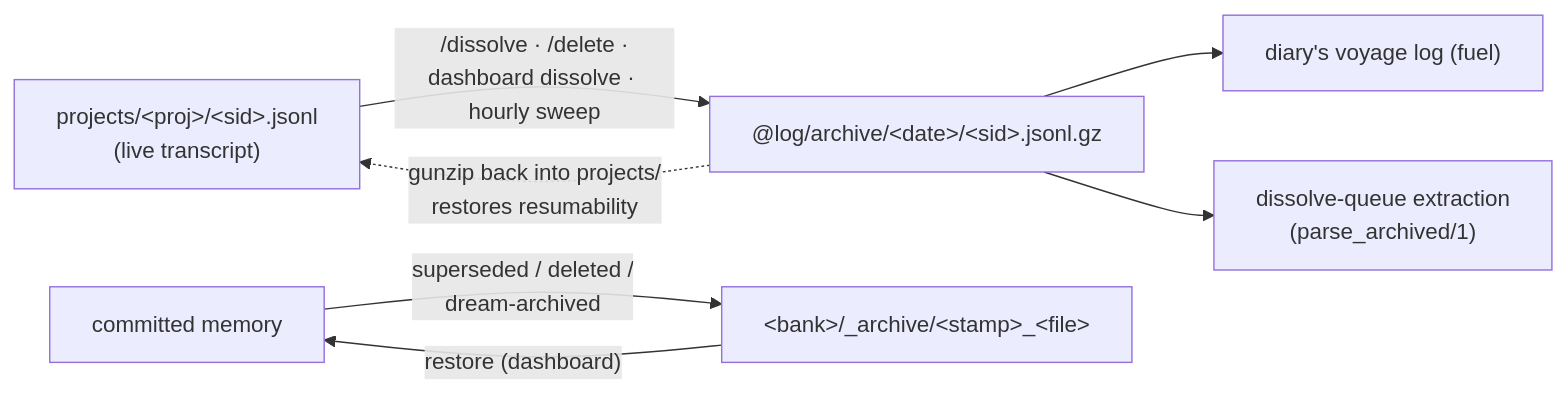
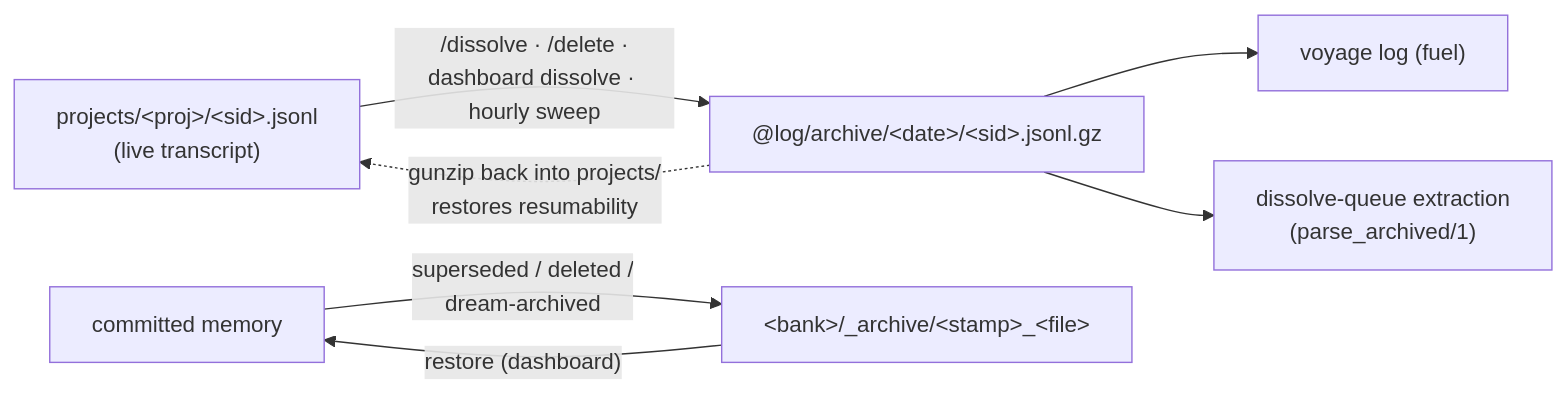
One commit to jgeschwendt/.claude changed the eighth of 8 diagrams in @apps/web/lib/core/memory.md. Above: the diagram before and after it, drawn with Mermaid. The commit also changed other lines of this file and 20 other files, not shown here.

````diff
--- a/@apps/web/lib/core/memory.md
+++ b/@apps/web/lib/core/memory.md
@@ -343,9 +343,9 @@
 ```mermaid
 flowchart LR
     T["projects/&lt;proj&gt;/&lt;sid&gt;.jsonl<br/>(live transcript)"] -->|"/dissolve · /delete ·<br/>dashboard dissolve · hourly sweep"| G["@log/archive/&lt;date&gt;/&lt;sid&gt;.jsonl.gz"]
-    G --> DRM["diary's voyage log (fuel)"]
+    G --> DRM["voyage log (fuel)"]
     G --> QX["dissolve-queue extraction<br/>(parse_archived/1)"]
     G -.->|"gunzip back into projects/<br/>restores resumability"| T
     M1["committed memory"] -->|superseded / deleted /<br/>dream-archived| A["&lt;bank&gt;/_archive/&lt;stamp&gt;_&lt;file&gt;"]
     A -->|"restore (dashboard)"| M1
 ```
````
